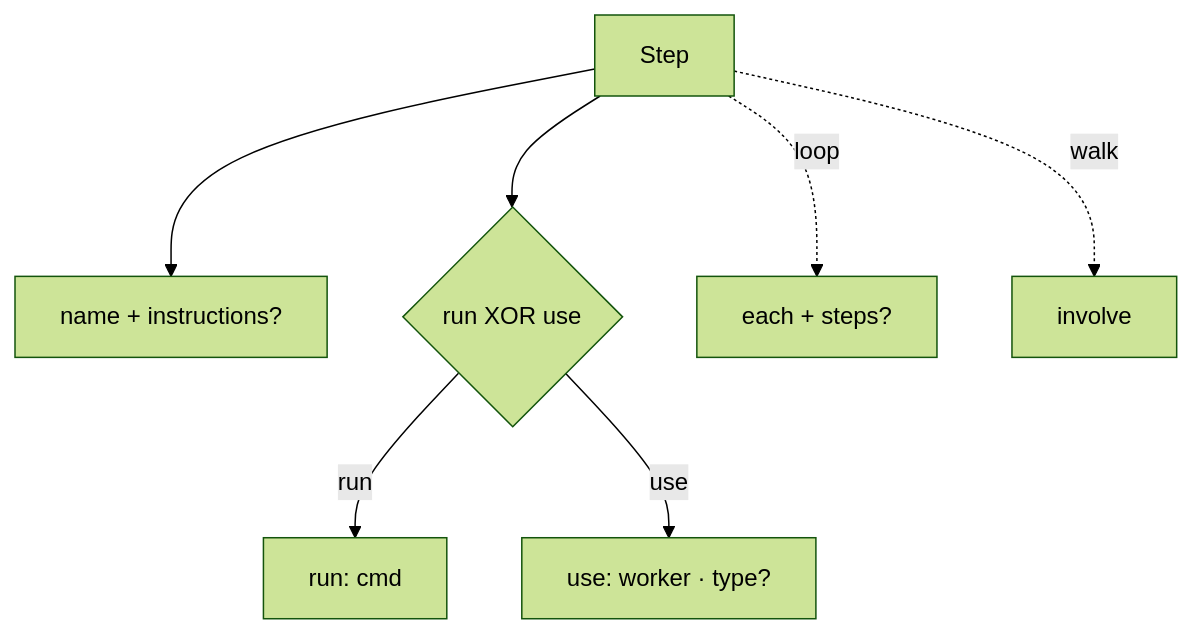
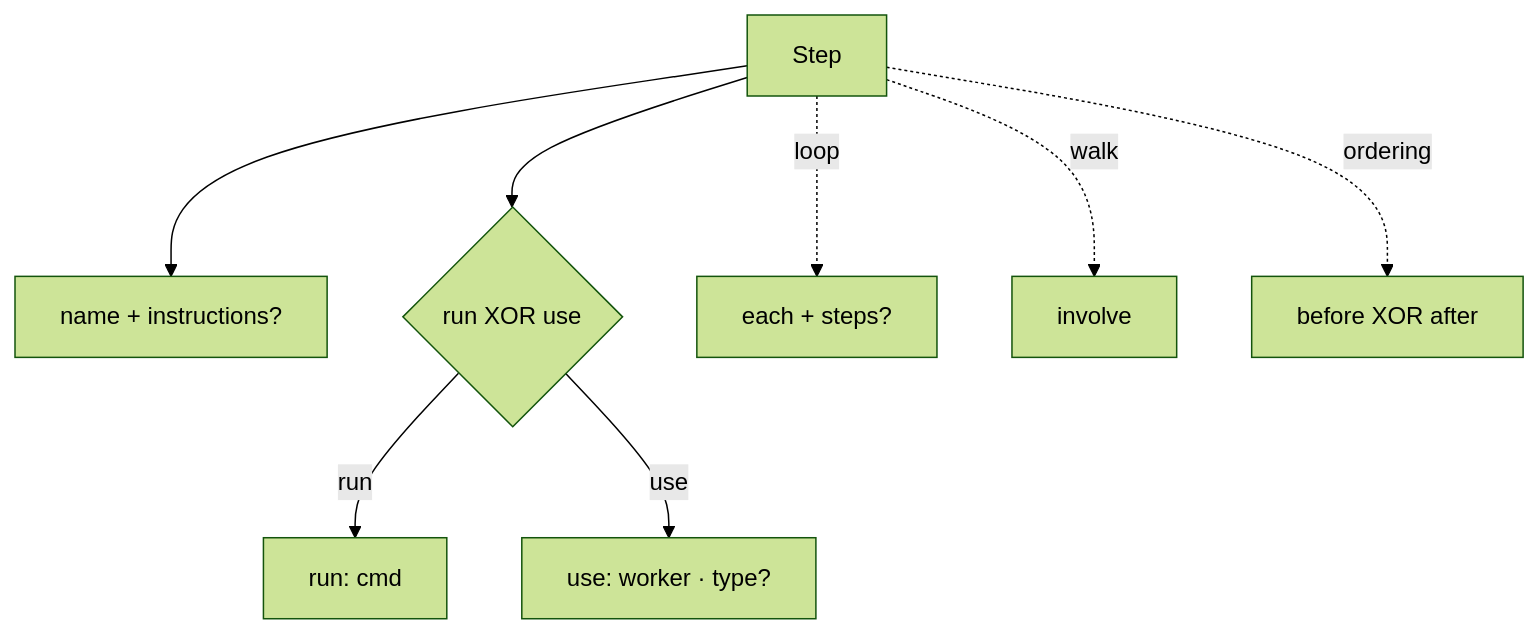
One commit to chafoo/anchored changed the diagram in docs/core/schema/step.md. Above: the diagram before and after it, drawn with Mermaid (forest theme). The commit also changed other lines of this file and 1 other file, not shown here.

````diff
--- a/docs/core/schema/step.md
+++ b/docs/core/schema/step.md
@@ -21,9 +25,10 @@
 ```mermaid
 flowchart TB
     s["Step"] --> n["name + instructions?"]
     s --> x{"run XOR use"}
     x -->|run| r["run: cmd"]
     x -->|use| u["use: worker · type? "]
     s -. "loop" .-> e["each + steps?"]
     s -. "walk" .-> i["involve"]
+    s -. "ordering" .-> b["before XOR after"]
 ```
````
